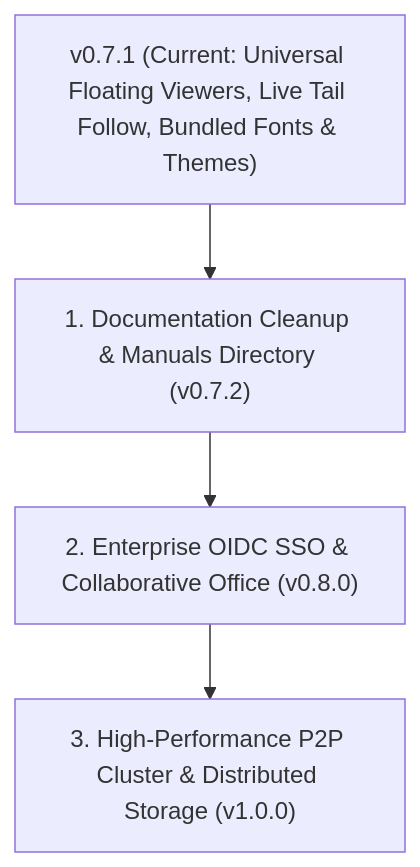
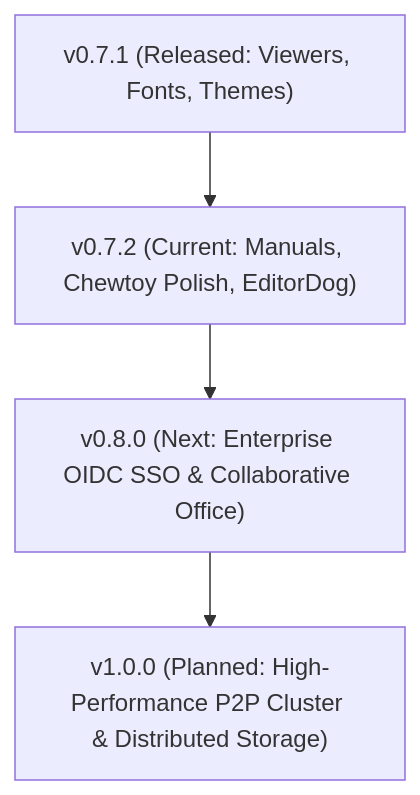
One commit to Woofson/commanderdog changed the diagram in ROADMAP.md. Above: the diagram before and after it, drawn with Mermaid. The commit also changed other lines of this file and 2 other files, not shown here.

Commit message:
docs: merge todo.txt into ROADMAP.md as single source of truth

````diff
--- a/ROADMAP.md
+++ b/ROADMAP.md
@@ -161,6 +81,6 @@
 ```mermaid
 graph TD
-    A["v0.7.1 (Current: Universal Floating Viewers, Live Tail Follow, Bundled Fonts & Themes)"] --> B["1. Documentation Cleanup & Manuals Directory (v0.7.2)"]
-    B --> C["2. Enterprise OIDC SSO & Collaborative Office (v0.8.0)"]
-    C --> D["3. High-Performance P2P Cluster & Distributed Storage (v1.0.0)"]
+    A["v0.7.1 (Released: Viewers, Fonts, Themes)"] --> B["v0.7.2 (Current: Manuals, Chewtoy Polish, EditorDog)"]
+    B --> C["v0.8.0 (Next: Enterprise OIDC SSO & Collaborative Office)"]
+    C --> D["v1.0.0 (Planned: High-Performance P2P Cluster & Distributed Storage)"]
 ```
````
